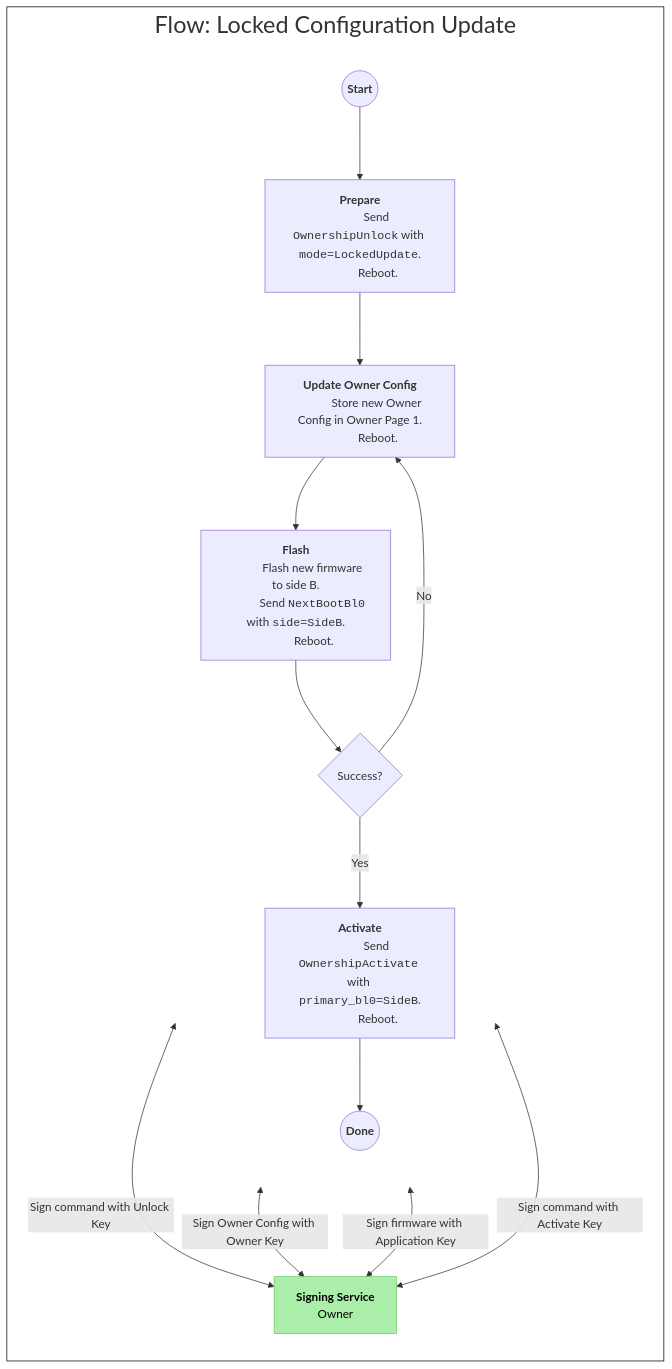
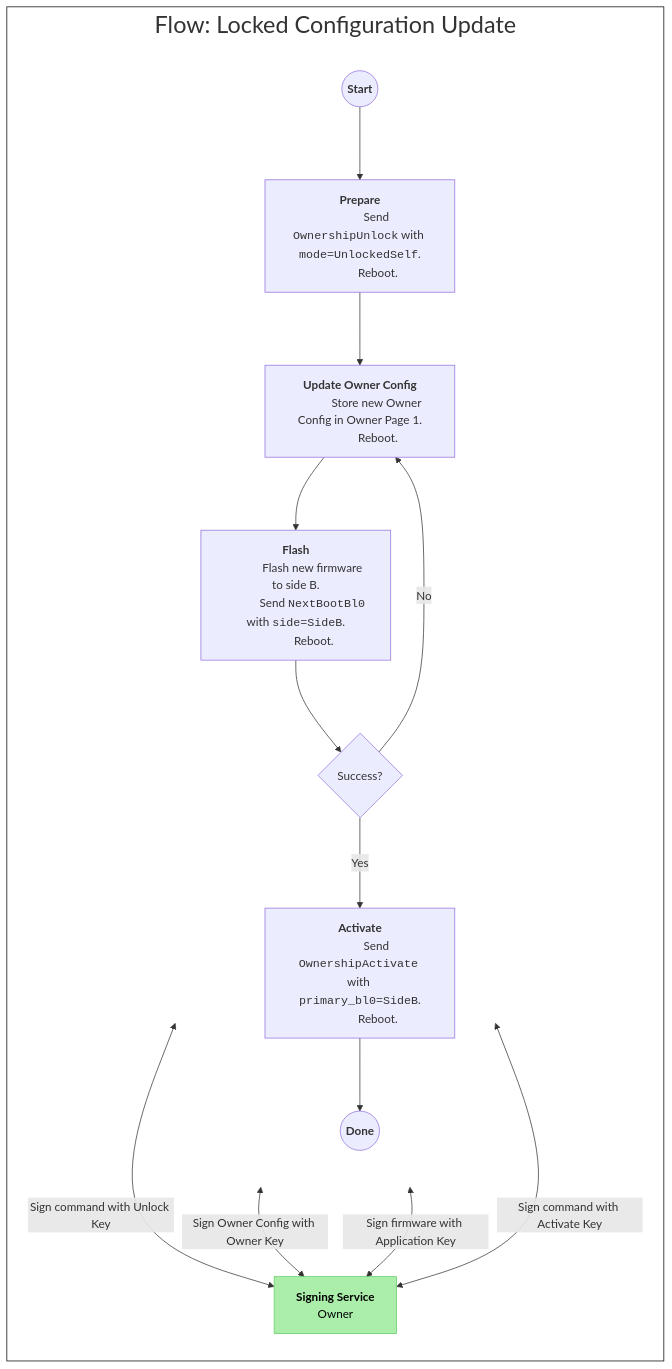
The first of 3 diagrams in sw/device/silicon_creator/rom_ext/doc/ownership.md (lowRISC/opentitan), drawn with Mermaid before and after one commit. The commit also changed other lines of this file and 12 other files, not shown here.

First line of the commit message:
[ownership] Rename `LockedUpdate` to `UnlockedSelf`

````diff
--- a/sw/device/silicon_creator/rom_ext/doc/ownership.md
+++ b/sw/device/silicon_creator/rom_ext/doc/ownership.md
@@ -109,51 +109,51 @@
 ```mermaid
 flowchart LR
 subgraph container["<font size=6>Flow: Locked Configuration Update</font>"]
     subgraph flow[" "]
         direction TB
         start((<b>Start</b>))
         prepare[
             <b>Prepare</b>
-            Send <code>OwnershipUnlock</code> with <code>mode=LockedUpdate</code>.
+            Send <code>OwnershipUnlock</code> with <code>mode=UnlockedSelf</code>.
             Reboot.
         ]
         update[<b>Update Owner Config</b>
             Store new Owner Config in Owner Page 1.
             Reboot.
         ]
         flash[<b>Flash</b>
             Flash new firmware to side B.
             Send <code>NextBootBl0</code> with <code>side=SideB</code>.
             Reboot.
         ]
         success{Success?}
         activate[<b>Activate</b>
             Send <code>OwnershipActivate</code> with <code>primary_bl0=SideB</code>.
             Reboot.
         ]
         done((<b>Done</b>))
         start --> prepare
         prepare --> update
         update --> flash
         flash --> success
         success -->|Yes| activate
         success -->|No| update
         activate --> done((<b>Done</b>))
     end
 
     signing[
         <span style="color:black"><b>Signing Service</b>
         Owner
         </span>
     ]
 
     prepare <-- "Sign command with Unlock Key" --> signing
     update <-- "Sign Owner Config with Owner Key" --> signing
     flash <-- "Sign firmware with Application Key" --> signing
     activate <-- "Sign command with Activate Key" --> signing
 
     style flow fill:none,stroke:none
     style signing fill:#aea,stroke:#6c6
     style container fill:none,stroke:black
 end
 ```
````
